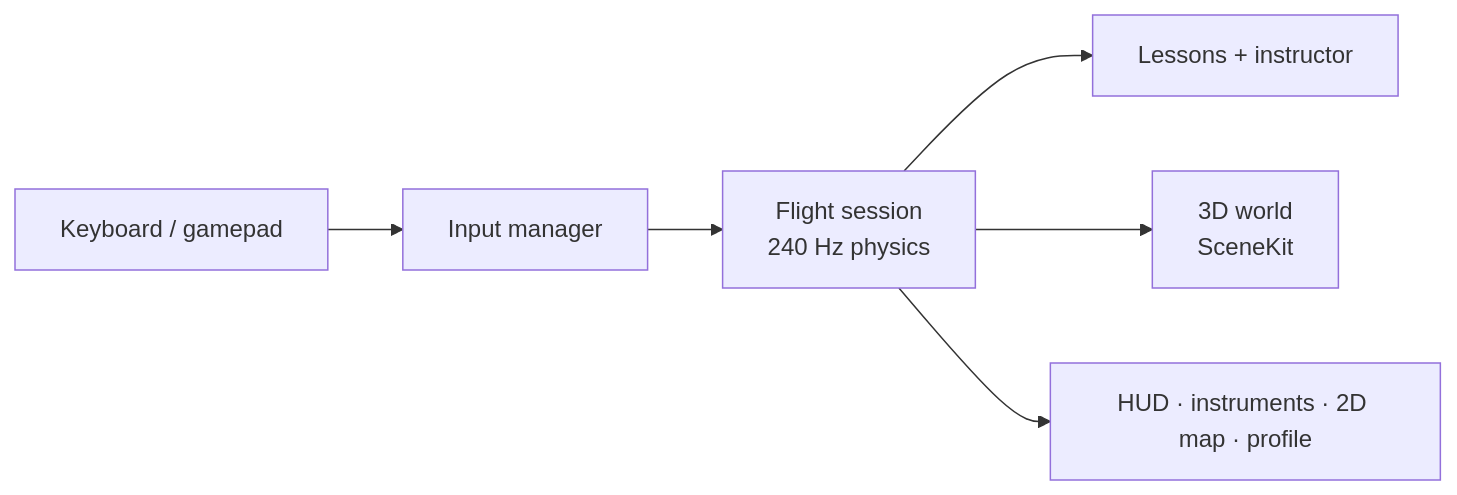
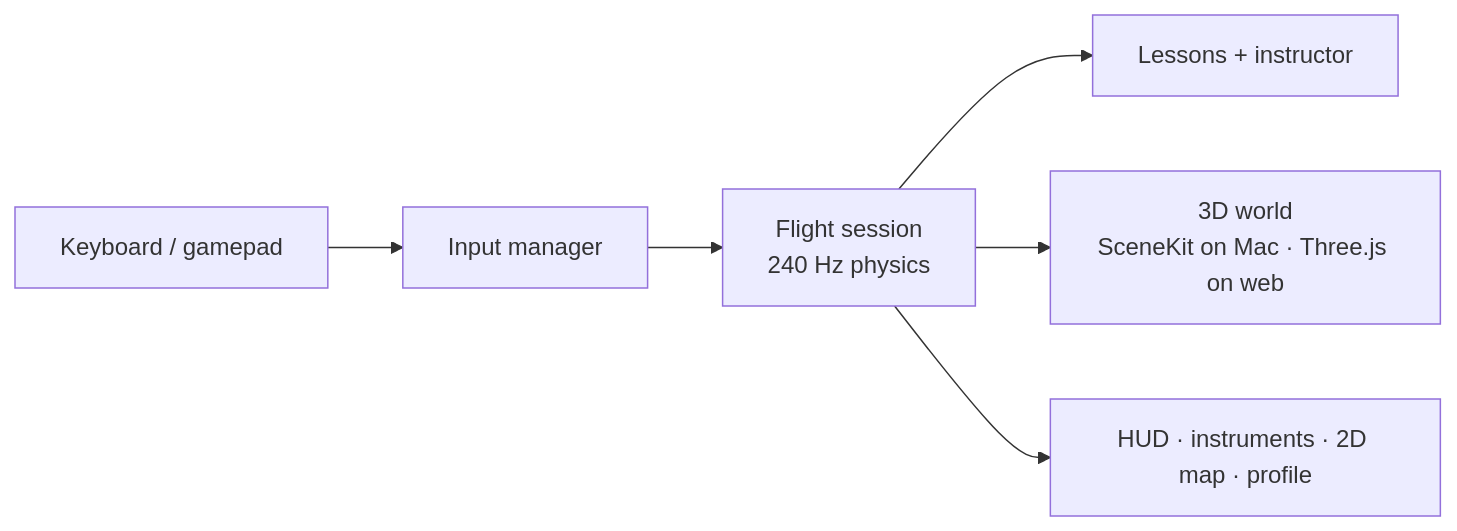
Before and after one commit to amalmehta/TopGunSimulator: the diagram in README.md, drawn with Mermaid. The commit also changed other lines of this file and 35 other files, not shown here.

````diff
--- a/README.md
+++ b/README.md
@@ -11,8 +11,8 @@
 ```mermaid
 flowchart LR
     Keys[Keyboard / gamepad] --> Input[Input manager]
     Input --> Session[Flight session<br/>240 Hz physics]
     Session --> Lessons[Lessons + instructor]
-    Session --> Scene[3D world<br/>SceneKit]
+    Session --> Scene[3D world<br/>SceneKit on Mac · Three.js on web]
     Session --> Panels[HUD · instruments · 2D map · profile]
 ```
````
